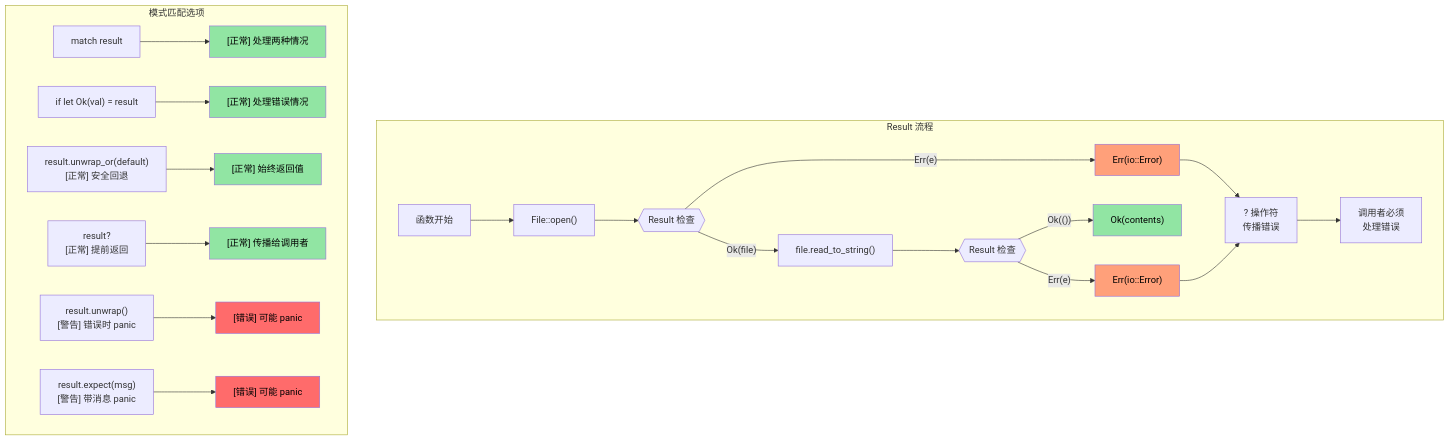
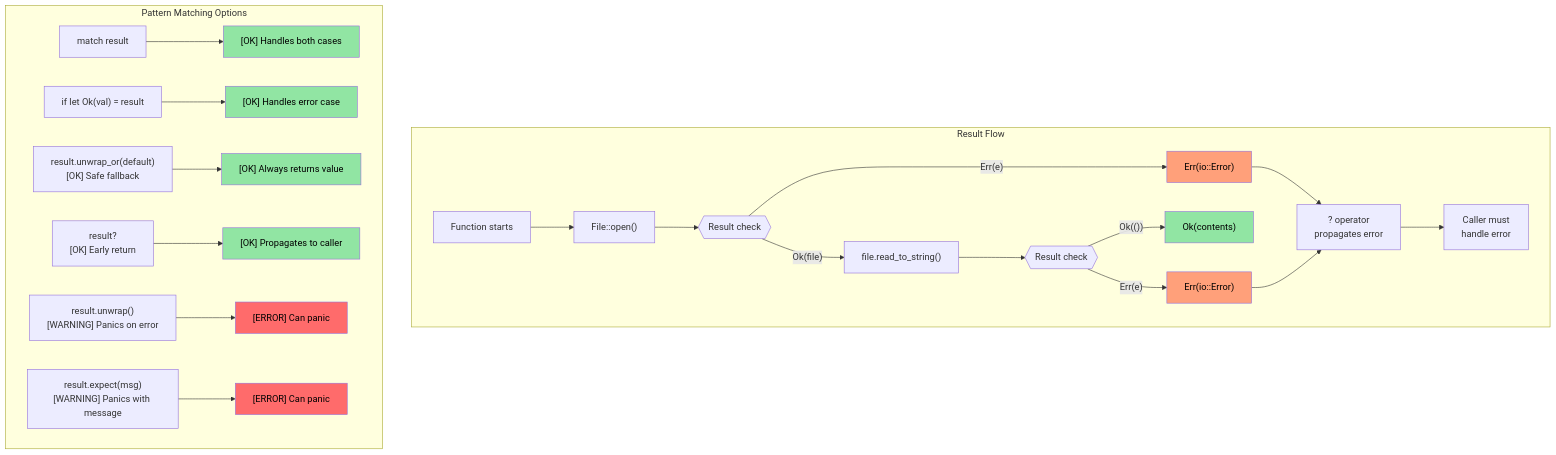
The second of 2 diagrams in src/ch09-error-handling.md (hex623/rust-training-zh), drawn with Mermaid before and after one commit. The commit also changed other lines of this file and 21 other files, not shown here.

````diff
--- a/src/ch09-error-handling.md
+++ b/src/ch09-error-handling.md
@@ -264,51 +264,51 @@
 ```mermaid
 graph TD
-    subgraph "Result<T, E> 流程"
-        START["函数开始"]
+    subgraph "Result<T, E> Flow"
+        START["Function starts"]
         OP1["File::open()"]
-        CHECK1{{"Result 检查"}}
+        CHECK1{{"Result check"}}
         OP2["file.read_to_string()"]
-        CHECK2{{"Result 检查"}}
+        CHECK2{{"Result check"}}
         SUCCESS["Ok(contents)"]
         ERROR1["Err(io::Error)"]
         ERROR2["Err(io::Error)"]
         
         START --> OP1
         OP1 --> CHECK1
         CHECK1 -->|"Ok(file)"| OP2
         CHECK1 -->|"Err(e)"| ERROR1
         OP2 --> CHECK2
         CHECK2 -->|"Ok(())"| SUCCESS
         CHECK2 -->|"Err(e)"| ERROR2
         
-        ERROR1 --> PROPAGATE["? 操作符<br/>传播错误"]
+        ERROR1 --> PROPAGATE["? operator<br/>propagates error"]
         ERROR2 --> PROPAGATE
-        PROPAGATE --> CALLER["调用者必须<br/>处理错误"]
+        PROPAGATE --> CALLER["Caller must<br/>handle error"]
     end
     
-    subgraph "模式匹配选项"
+    subgraph "Pattern Matching Options"
         MATCH["match result"]
         IFLET["if let Ok(val) = result"]
-        UNWRAP["result.unwrap()<br/>[警告] 错误时 panic"]
-        EXPECT["result.expect(msg)<br/>[警告] 带消息 panic"]
-        UNWRAP_OR["result.unwrap_or(default)<br/>[正常] 安全回退"]
-        QUESTION["result?<br/>[正常] 提前返回"]
+        UNWRAP["result.unwrap()<br/>[WARNING] Panics on error"]
+        EXPECT["result.expect(msg)<br/>[WARNING] Panics with message"]
+        UNWRAP_OR["result.unwrap_or(default)<br/>[OK] Safe fallback"]
+        QUESTION["result?<br/>[OK] Early return"]
         
-        MATCH --> SAFE1["[正常] 处理两种情况"]
-        IFLET --> SAFE2["[正常] 处理错误情况"]
-        UNWRAP_OR --> SAFE3["[正常] 始终返回值"]
-        QUESTION --> SAFE4["[正常] 传播给调用者"]
-        UNWRAP --> UNSAFE1["[错误] 可能 panic"]
-        EXPECT --> UNSAFE2["[错误] 可能 panic"]
+        MATCH --> SAFE1["[OK] Handles both cases"]
+        IFLET --> SAFE2["[OK] Handles error case"]
+        UNWRAP_OR --> SAFE3["[OK] Always returns value"]
+        QUESTION --> SAFE4["[OK] Propagates to caller"]
+        UNWRAP --> UNSAFE1["[ERROR] Can panic"]
+        EXPECT --> UNSAFE2["[ERROR] Can panic"]
     end
     
     style SUCCESS fill:#91e5a3,color:#000
     style ERROR1 fill:#ffa07a,color:#000
     style ERROR2 fill:#ffa07a,color:#000
     style SAFE1 fill:#91e5a3,color:#000
     style SAFE2 fill:#91e5a3,color:#000
     style SAFE3 fill:#91e5a3,color:#000
     style SAFE4 fill:#91e5a3,color:#000
     style UNSAFE1 fill:#ff6b6b,color:#000
     style UNSAFE2 fill:#ff6b6b,color:#000
 ```
````
